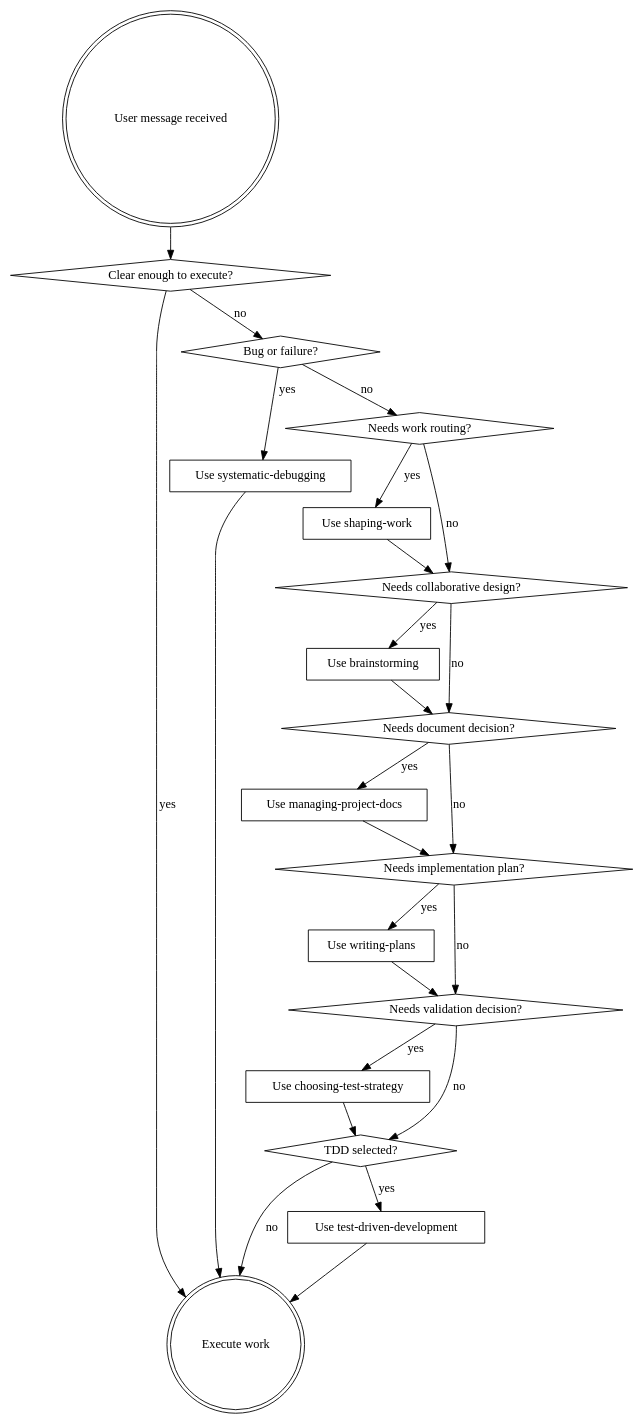
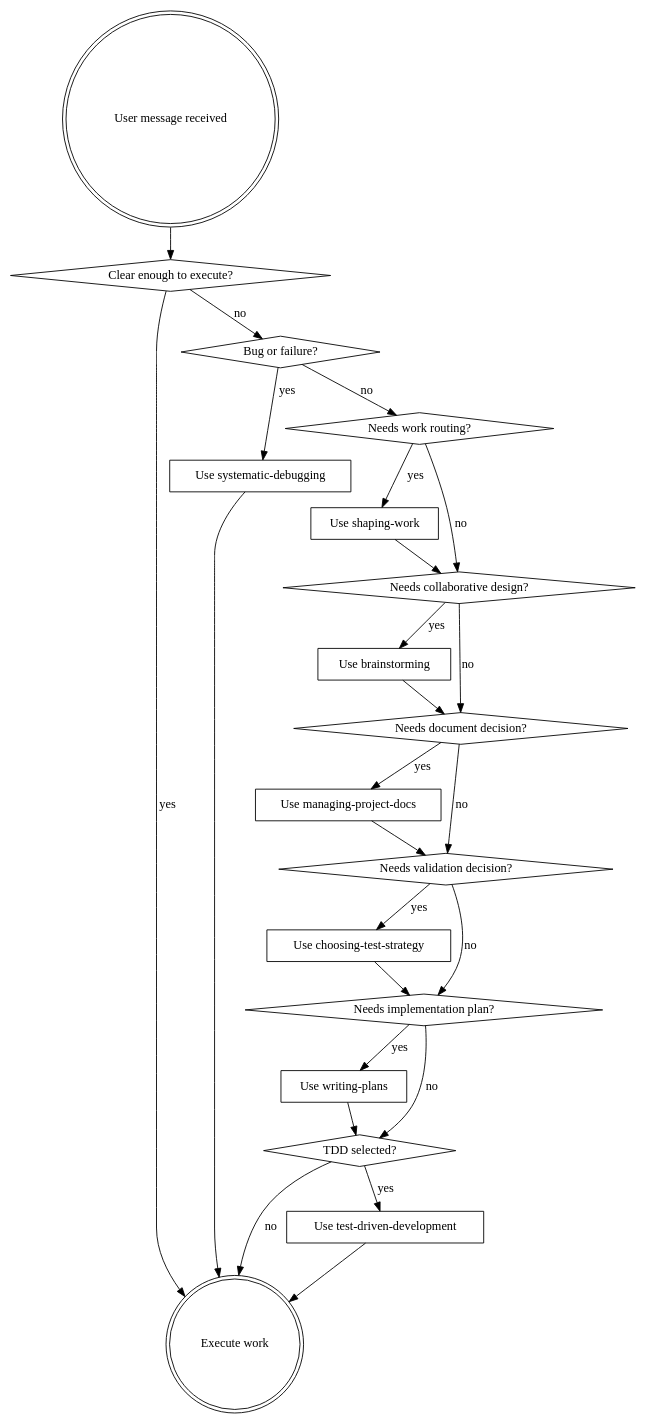
One commit to LanceAdd/RedTeaPowers changed the diagram in using-redteapowers/SKILL.md. Above: the diagram before and after it, drawn with Graphviz. The commit also changed other lines of this file and 18 other files, not shown here.

````diff
--- a/using-redteapowers/SKILL.md
+++ b/using-redteapowers/SKILL.md
@@ -42,46 +42,46 @@
 ```dot
 digraph skill_flow {
     "User message received" [shape=doublecircle];
     "Clear enough to execute?" [shape=diamond];
     "Execute work" [shape=doublecircle];
     "Bug or failure?" [shape=diamond];
     "Use systematic-debugging" [shape=box];
     "Needs work routing?" [shape=diamond];
     "Use shaping-work" [shape=box];
     "Needs collaborative design?" [shape=diamond];
     "Use brainstorming" [shape=box];
     "Needs document decision?" [shape=diamond];
     "Use managing-project-docs" [shape=box];
+    "Needs validation decision?" [shape=diamond];
+    "Use choosing-test-strategy" [shape=box];
     "Needs implementation plan?" [shape=diamond];
     "Use writing-plans" [shape=box];
-    "Needs validation decision?" [shape=diamond];
-    "Use choosing-test-strategy" [shape=box];
     "TDD selected?" [shape=diamond];
     "Use test-driven-development" [shape=box];
 
     "User message received" -> "Clear enough to execute?";
     "Clear enough to execute?" -> "Execute work" [label="yes"];
     "Clear enough to execute?" -> "Bug or failure?" [label="no"];
     "Bug or failure?" -> "Use systematic-debugging" [label="yes"];
     "Bug or failure?" -> "Needs work routing?" [label="no"];
     "Use systematic-debugging" -> "Execute work";
     "Needs work routing?" -> "Use shaping-work" [label="yes"];
     "Needs work routing?" -> "Needs collaborative design?" [label="no"];
     "Use shaping-work" -> "Needs collaborative design?";
     "Needs collaborative design?" -> "Use brainstorming" [label="yes"];
     "Needs collaborative design?" -> "Needs document decision?" [label="no"];
     "Use brainstorming" -> "Needs document decision?";
     "Needs document decision?" -> "Use managing-project-docs" [label="yes"];
-    "Needs document decision?" -> "Needs implementation plan?" [label="no"];
-    "Use managing-project-docs" -> "Needs implementation plan?";
+    "Needs document decision?" -> "Needs validation decision?" [label="no"];
+    "Use managing-project-docs" -> "Needs validation decision?";
+    "Needs validation decision?" -> "Use choosing-test-strategy" [label="yes"];
+    "Needs validation decision?" -> "Needs implementation plan?" [label="no"];
+    "Use choosing-test-strategy" -> "Needs implementation plan?";
     "Needs implementation plan?" -> "Use writing-plans" [label="yes"];
-    "Needs implementation plan?" -> "Needs validation decision?" [label="no"];
-    "Use writing-plans" -> "Needs validation decision?";
-    "Needs validation decision?" -> "Use choosing-test-strategy" [label="yes"];
-    "Needs validation decision?" -> "TDD selected?" [label="no"];
-    "Use choosing-test-strategy" -> "TDD selected?";
+    "Needs implementation plan?" -> "TDD selected?" [label="no"];
+    "Use writing-plans" -> "TDD selected?";
     "TDD selected?" -> "Use test-driven-development" [label="yes"];
     "TDD selected?" -> "Execute work" [label="no"];
     "Use test-driven-development" -> "Execute work";
 }
 ```
````
